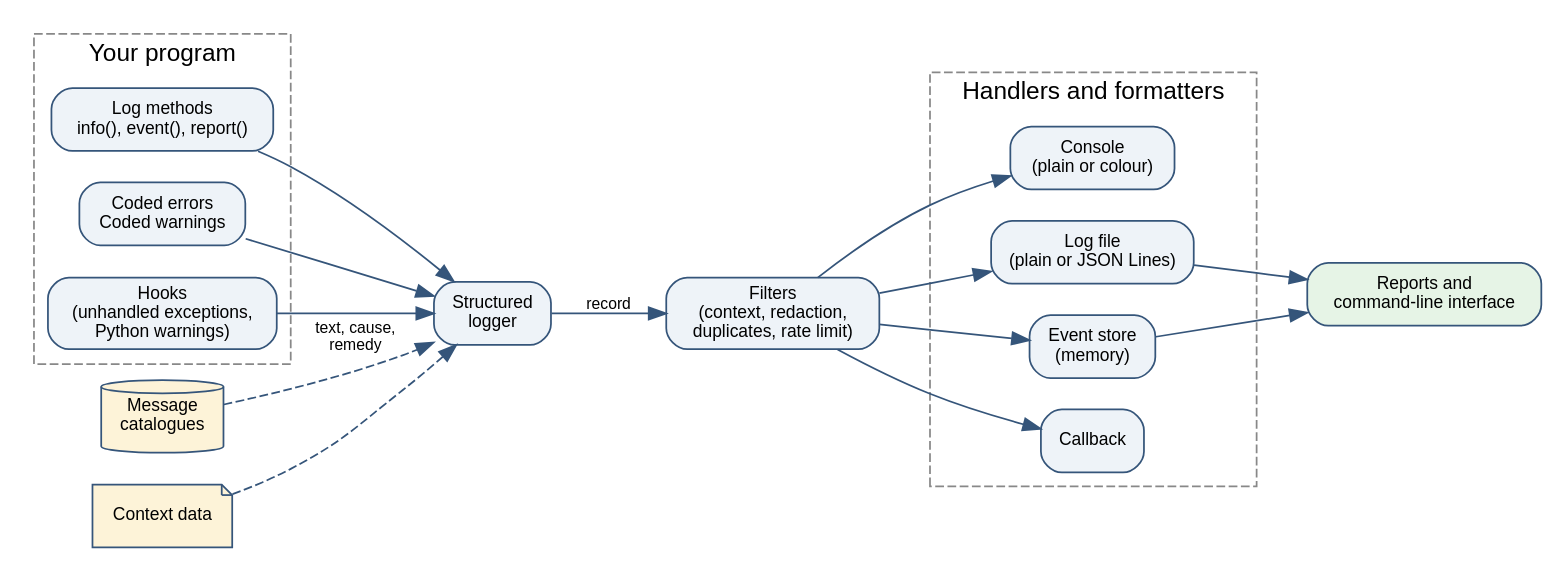
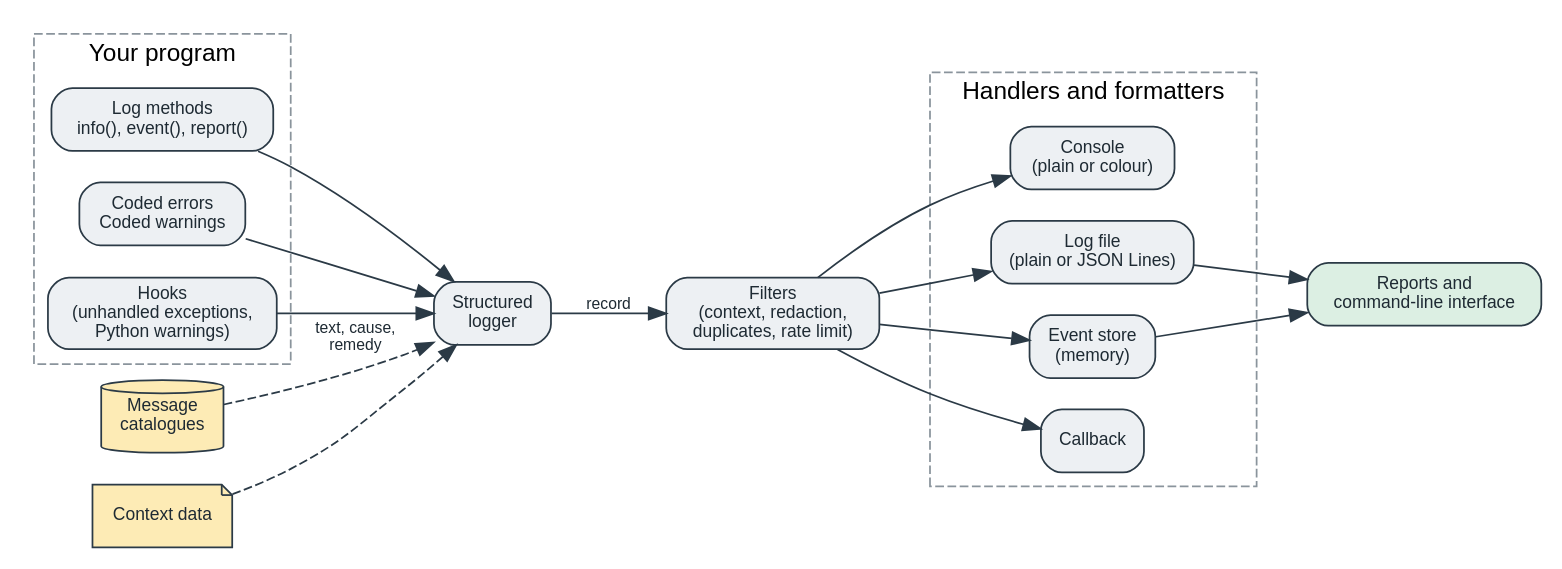
One commit to MasonicTombomb/annunciator changed the diagram in docs/figures/dataflow.dot. Above: the diagram before and after it, drawn with Graphviz. The commit also changed 105 other files, not shown here.

```diff
--- a/docs/figures/dataflow.dot
+++ b/docs/figures/dataflow.dot
@@ -1,15 +1,15 @@
 digraph dataflow {
-  rankdir=LR; fontname="Helvetica"; node [fontname="Helvetica", fontsize=10, shape=box, style="rounded,filled", fillcolor="#eef3f8", color="#35557a"]; edge [fontname="Helvetica", fontsize=9, color="#35557a"];
-  subgraph cluster_src { label="Your program"; style=dashed; color="#888888";
+  rankdir=LR; fontname="Helvetica"; node [fontcolor="#1E2A33", fontname="Helvetica", fontsize=10, shape=box, style="rounded,filled", fillcolor="#EDF0F3", color="#2B3A46"]; edge [fontcolor="#1E2A33", fontname="Helvetica", fontsize=9, color="#2B3A46"];
+  subgraph cluster_src { label="Your program"; style=dashed; color="#8A949C";
     code [label="Log methods\ninfo(), event(), report()"]; exc [label="Coded errors\nCoded warnings"]; hook [label="Hooks\n(unhandled exceptions,\nPython warnings)"]; }
-  cat [label="Message\ncatalogues", shape=cylinder, fillcolor="#fdf3d8"];
-  ctx [label="Context data", shape=note, fillcolor="#fdf3d8"];
+  cat [label="Message\ncatalogues", shape=cylinder, fillcolor="#FDEBB5"];
+  ctx [label="Context data", shape=note, fillcolor="#FDEBB5"];
   logger [label="Structured\nlogger"];
   filt [label="Filters\n(context, redaction,\nduplicates, rate limit)"];
-  subgraph cluster_out { label="Handlers and formatters"; style=dashed; color="#888888";
+  subgraph cluster_out { label="Handlers and formatters"; style=dashed; color="#8A949C";
     con [label="Console\n(plain or colour)"]; file [label="Log file\n(plain or JSON Lines)"]; store [label="Event store\n(memory)"]; cb [label="Callback"]; }
-  rep [label="Reports and\ncommand-line interface", fillcolor="#e6f4e6"];
+  rep [label="Reports and\ncommand-line interface", fillcolor="#DCEFE3"];
   code -> logger; exc -> logger; hook -> logger; cat -> logger [style=dashed, label="text, cause,\nremedy"]; ctx -> logger [style=dashed];
   logger -> filt [label="record"]; filt -> con; filt -> file; filt -> store; filt -> cb;
   file -> rep; store -> rep;
 }
```
